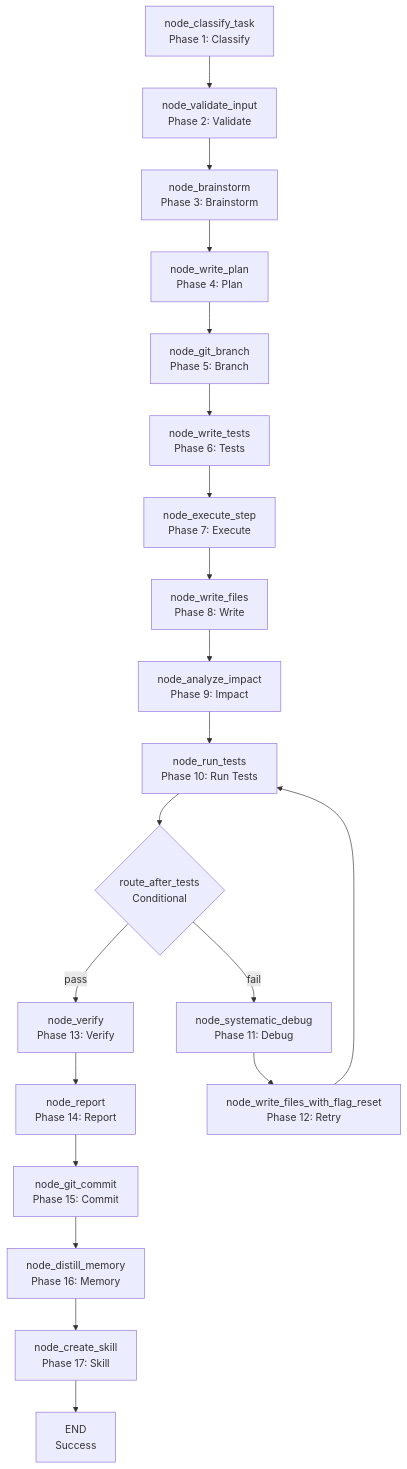
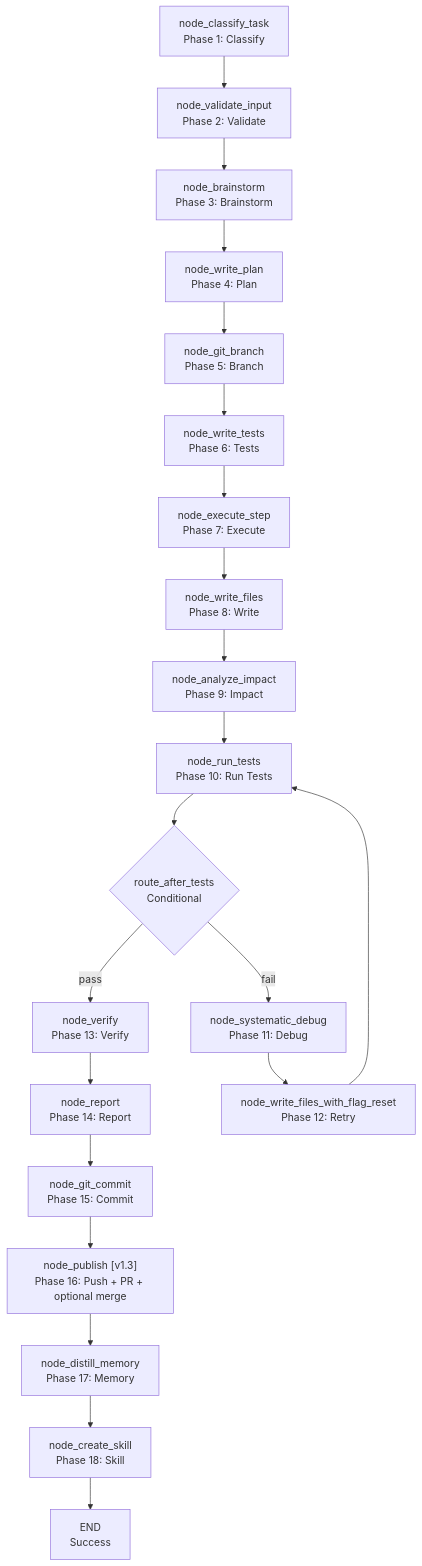
Before and after one commit to brunogcar/agent: the diagram in docs/workflows/autocode/ARCHITECTURE.md, drawn with Mermaid. The commit also changed other lines of this file and 25 other files, not shown here.

First line of the commit message:
﻿feat(autocode): v1.3 — GitHub + Swarm integration (node_publish, swarm debug, pull action)

````diff
--- a/docs/workflows/autocode/ARCHITECTURE.md
+++ b/docs/workflows/autocode/ARCHITECTURE.md
@@ -78,22 +89,23 @@
 ```mermaid
 graph TD
     A["node_classify_task<br/>Phase 1: Classify"] --> B["node_validate_input<br/>Phase 2: Validate"]
     B --> C["node_brainstorm<br/>Phase 3: Brainstorm"]
     C --> D["node_write_plan<br/>Phase 4: Plan"]
     D --> E["node_git_branch<br/>Phase 5: Branch"]
     E --> F["node_write_tests<br/>Phase 6: Tests"]
     F --> G["node_execute_step<br/>Phase 7: Execute"]
     G --> H["node_write_files<br/>Phase 8: Write"]
     H --> I["node_analyze_impact<br/>Phase 9: Impact"]
     I --> J["node_run_tests<br/>Phase 10: Run Tests"]
     J --> K{"route_after_tests<br/>Conditional"}
     K -->|pass| L["node_verify<br/>Phase 13: Verify"]
     K -->|fail| M["node_systematic_debug<br/>Phase 11: Debug"]
     M --> N["node_write_files_with_flag_reset<br/>Phase 12: Retry"]
     N --> J
     L --> O["node_report<br/>Phase 14: Report"]
     O --> P["node_git_commit<br/>Phase 15: Commit"]
-    P --> Q["node_distill_memory<br/>Phase 16: Memory"]
-    Q --> R["node_create_skill<br/>Phase 17: Skill"]
+    P --> PP["node_publish [v1.3]<br/>Phase 16: Push + PR + optional merge"]
+    PP --> Q["node_distill_memory<br/>Phase 17: Memory"]
+    Q --> R["node_create_skill<br/>Phase 18: Skill"]
     R --> S["END<br/>Success"]
 ```
````
